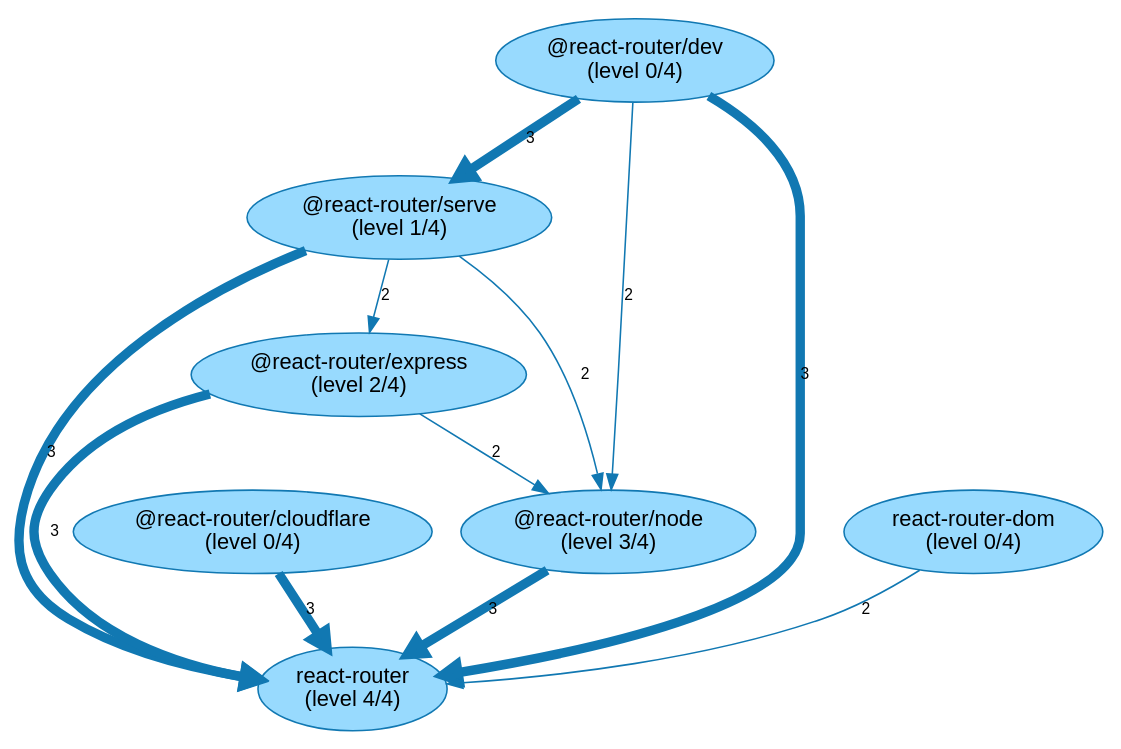
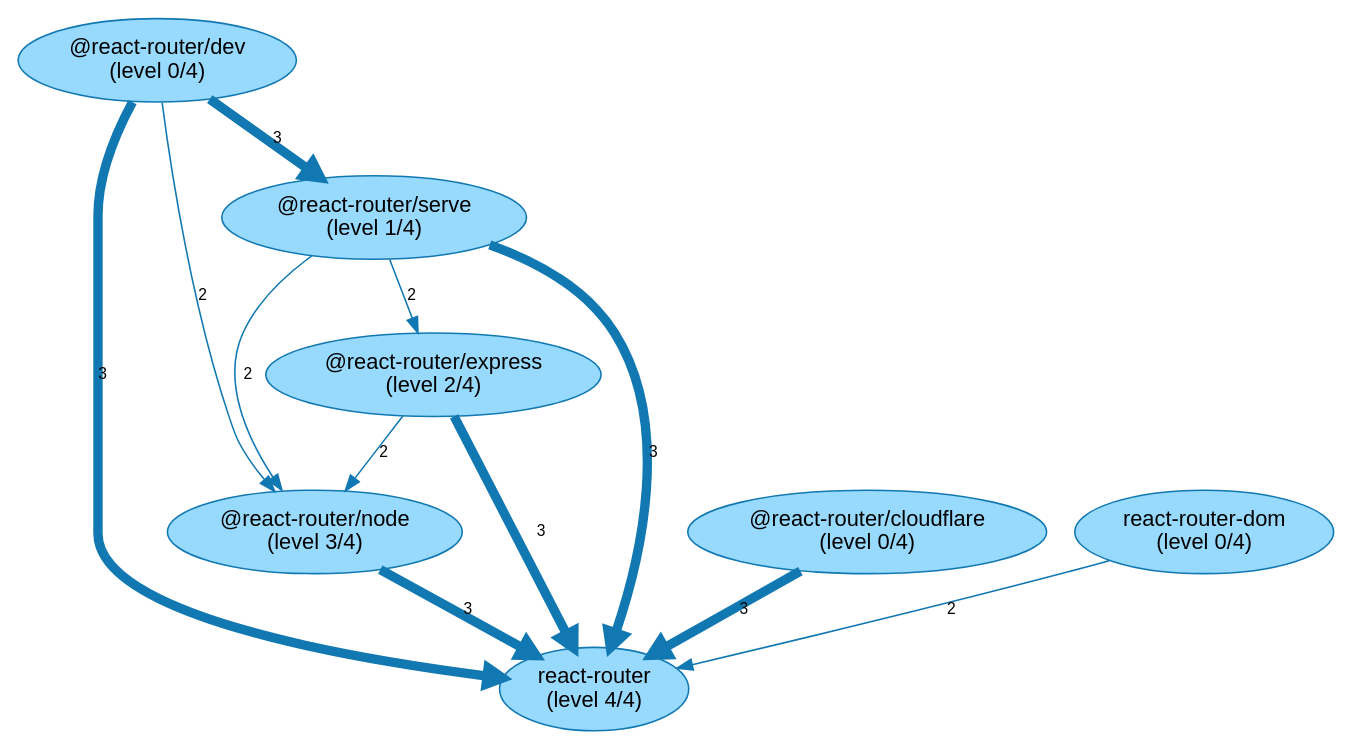
The diagram in analysis-results/react-router/react-router-7.16.0/internal-dependencies/NPM_NonDevPackage/Graph_Visualizations/NpmPackageBuildLevels.gv (JohT/code-graph-analysis-examples), drawn with Graphviz before and after one commit. The commit also changed other lines of this file and 331 other files, not shown here.

```diff
--- a/analysis-results/react-router/react-router-7.16.0/internal-dependencies/NPM_NonDevPackage/Graph_Visualizations/NpmPackageBuildLevels.gv
+++ b/analysis-results/react-router/react-router-7.16.0/internal-dependencies/NPM_NonDevPackage/Graph_Visualizations/NpmPackageBuildLevels.gv
@@ -1,21 +1,21 @@
 // This GraphViz dot file was generated by the script convertQueryResultCsvToGraphVizDotFile.sh with default.template
 
 strict digraph NpmPackageBuildLevels {
     fontname = "Helvetica,Arial,sans-serif";
     node [fontname = "Helvetica,Arial,sans-serif";];
     edge [fontname = "Helvetica,Arial,sans-serif"; fontsize = 10;];
     node [style = filled; fillcolor = "0.560 0.400 0.999";];
     node [color = "0.560 0.900 0.700";];
     edge [color = "0.560 0.900 0.700";];
+	"@react-router/express\n(level 2/4)" -> "react-router\n(level 4/4)" [label = 3; penwidth = 6.0; ];
+	"@react-router/node\n(level 3/4)" -> "react-router\n(level 4/4)" [label = 3; penwidth = 6.0; ];
 	"@react-router/serve\n(level 1/4)" -> "react-router\n(level 4/4)" [label = 3; penwidth = 6.0; ];
-	"@react-router/node\n(level 3/4)" -> "react-router\n(level 4/4)" [label = 3; penwidth = 6.0; ];
+	"@react-router/dev\n(level 0/4)" -> "react-router\n(level 4/4)" [label = 3; penwidth = 6.0; ];
 	"@react-router/cloudflare\n(level 0/4)" -> "react-router\n(level 4/4)" [label = 3; penwidth = 6.0; ];
-	"@react-router/express\n(level 2/4)" -> "react-router\n(level 4/4)" [label = 3; penwidth = 6.0; ];
-	"@react-router/dev\n(level 0/4)" -> "react-router\n(level 4/4)" [label = 3; penwidth = 6.0; ];
 	"@react-router/dev\n(level 0/4)" -> "@react-router/serve\n(level 1/4)" [label = 3; penwidth = 6.0; ];
 	"react-router-dom\n(level 0/4)" -> "react-router\n(level 4/4)" [label = 2; penwidth = 1.0; ];
 	"@react-router/serve\n(level 1/4)" -> "@react-router/node\n(level 3/4)" [label = 2; penwidth = 1.0; ];
 	"@react-router/express\n(level 2/4)" -> "@react-router/node\n(level 3/4)" [label = 2; penwidth = 1.0; ];
 	"@react-router/dev\n(level 0/4)" -> "@react-router/node\n(level 3/4)" [label = 2; penwidth = 1.0; ];
 	"@react-router/serve\n(level 1/4)" -> "@react-router/express\n(level 2/4)" [label = 2; penwidth = 1.0; ];
 }
```
